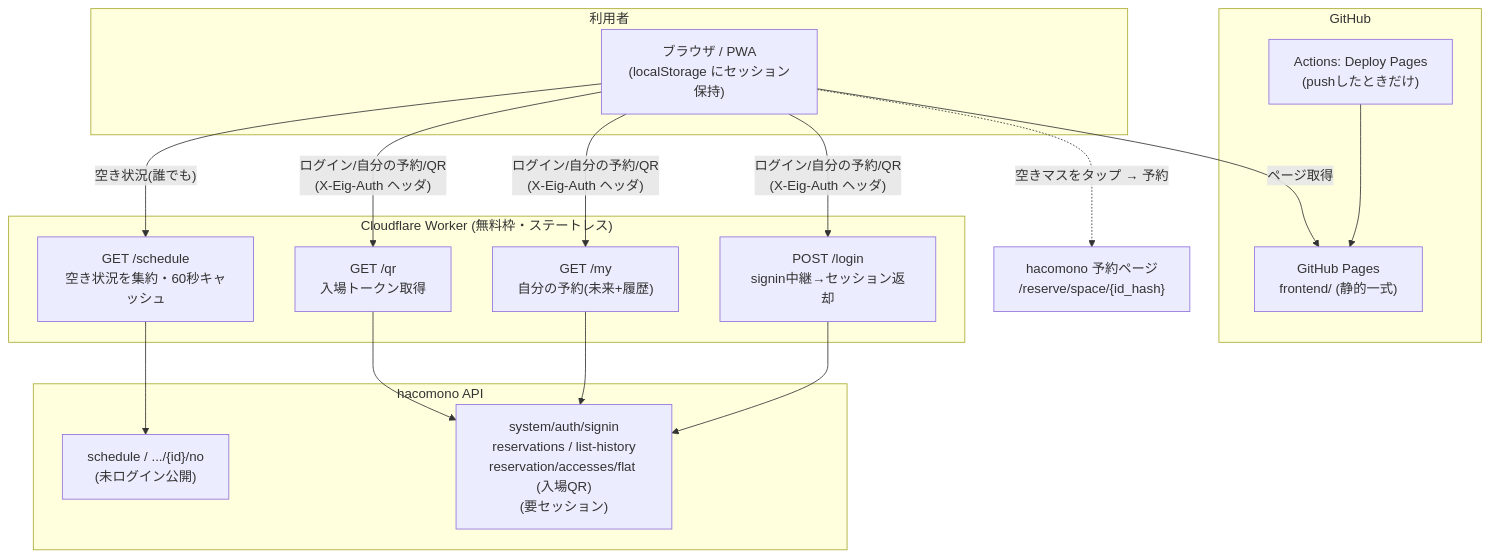
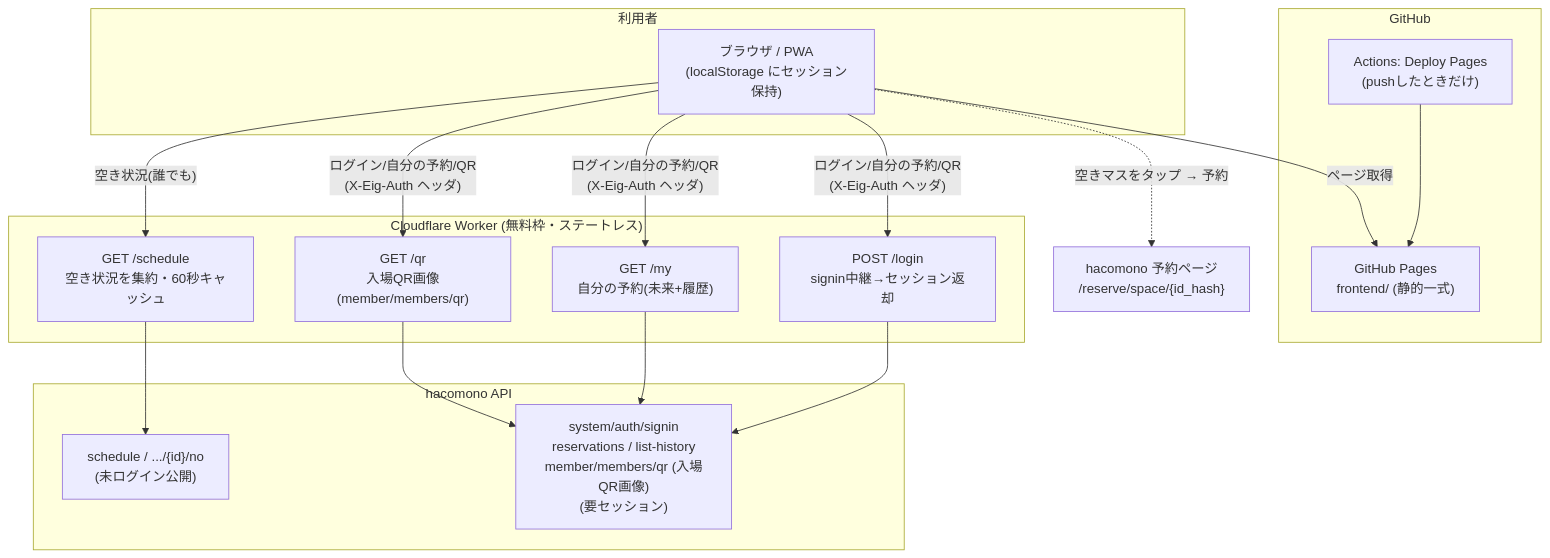
The second of 2 diagrams in README.md (TakanariShimbo/enjoyindoorgolf), drawn with Mermaid before and after one commit. The commit also changed other lines of this file, not shown here.

Commit message:
docs: 入場QRの記述漏れ(構成図/機能欄)を member/members/qr に統一

````diff
--- a/README.md
+++ b/README.md
@@ -50,25 +50,25 @@
 ```mermaid
 flowchart TB
     subgraph user["利用者"]
         B["ブラウザ / PWA<br>(localStorage にセッション保持)"]
     end
     subgraph gh["GitHub"]
         P["GitHub Pages<br>frontend/ (静的一式)"]
         A["Actions: Deploy Pages<br>(pushしたときだけ)"]
         A --> P
     end
     subgraph cf["Cloudflare Worker (無料枠・ステートレス)"]
         Wsch["GET /schedule<br>空き状況を集約・60秒キャッシュ"]
         Wlogin["POST /login<br>signin中継→セッション返却"]
         Wmy["GET /my<br>自分の予約(未来+履歴)"]
-        Wqr["GET /qr<br>入場トークン取得"]
+        Wqr["GET /qr<br>入場QR画像(member/members/qr)"]
     end
     subgraph hacomono["hacomono API"]
         S["schedule / .../{id}/no<br>(未ログイン公開)"]
-        Auth["system/auth/signin<br>reservations / list-history<br>reservation/accesses/flat (入場QR)<br>(要セッション)"]
+        Auth["system/auth/signin<br>reservations / list-history<br>member/members/qr (入場QR画像)<br>(要セッション)"]
     end
     B -->|"ページ取得"| P
     B -->|"空き状況(誰でも)"| Wsch --> S
     B -->|"ログイン/自分の予約/QR<br>(X-Eig-Auth ヘッダ)"| Wlogin & Wmy & Wqr --> Auth
     B -.->|"空きマスをタップ → 予約"| R["hacomono 予約ページ<br>/reserve/space/{id_hash}"]
 ```
````
